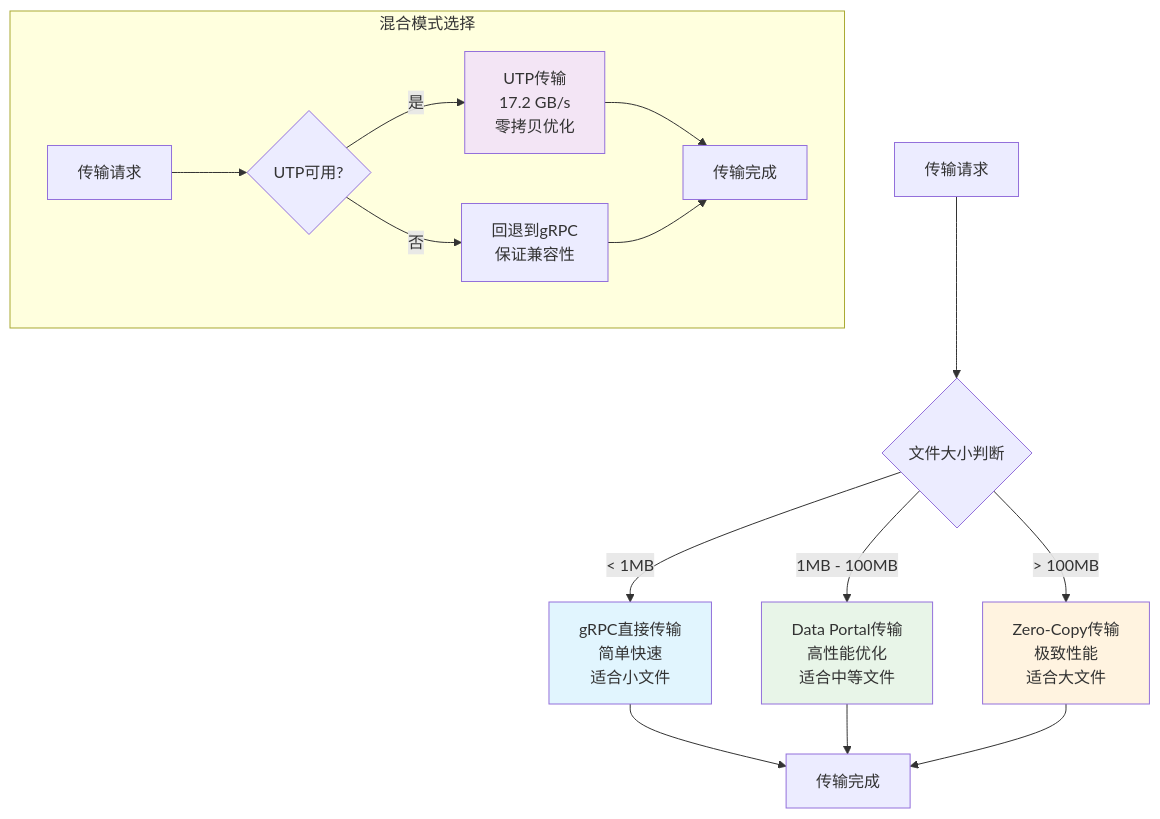
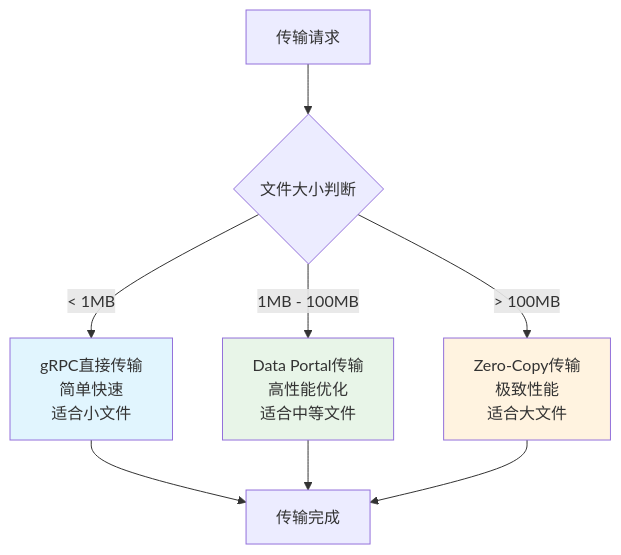
One commit to Gyangu/librorum changed the tenth of 17 diagrams in docs/CORE_ARCHITECTURE.md. Above: the diagram before and after it, drawn with Mermaid. The commit also changed other lines of this file and 19 other files, not shown here.

````diff
--- a/docs/CORE_ARCHITECTURE.md
+++ b/docs/CORE_ARCHITECTURE.md
@@ -448,25 +412,16 @@
 ```mermaid
 graph TD
     A[传输请求] --> B{文件大小判断}
     
     B -->|< 1MB| C[gRPC直接传输<br/>简单快速<br/>适合小文件]
     B -->|1MB - 100MB| D[Data Portal传输<br/>高性能优化<br/>适合中等文件]
     B -->|> 100MB| E[Zero-Copy传输<br/>极致性能<br/>适合大文件]
     
     C --> F[传输完成]
     D --> F
     E --> F
     
-    subgraph "混合模式选择"
-        G[传输请求] --> H{UTP可用?}
-        H -->|是| I[UTP传输<br/>17.2 GB/s<br/>零拷贝优化]
-        H -->|否| J[回退到gRPC<br/>保证兼容性]
-        I --> K[传输完成]
-        J --> K
-    end
-    
     style C fill:#e1f5fe
     style D fill:#e8f5e8
     style E fill:#fff3e0
-    style I fill:#f3e5f5
 ```
````
